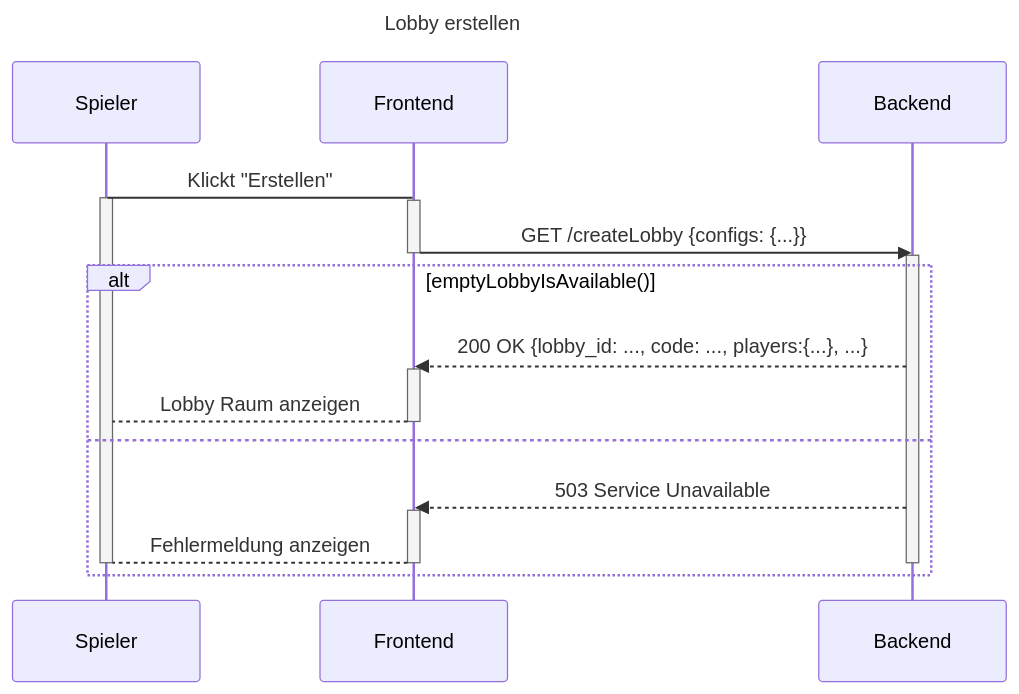
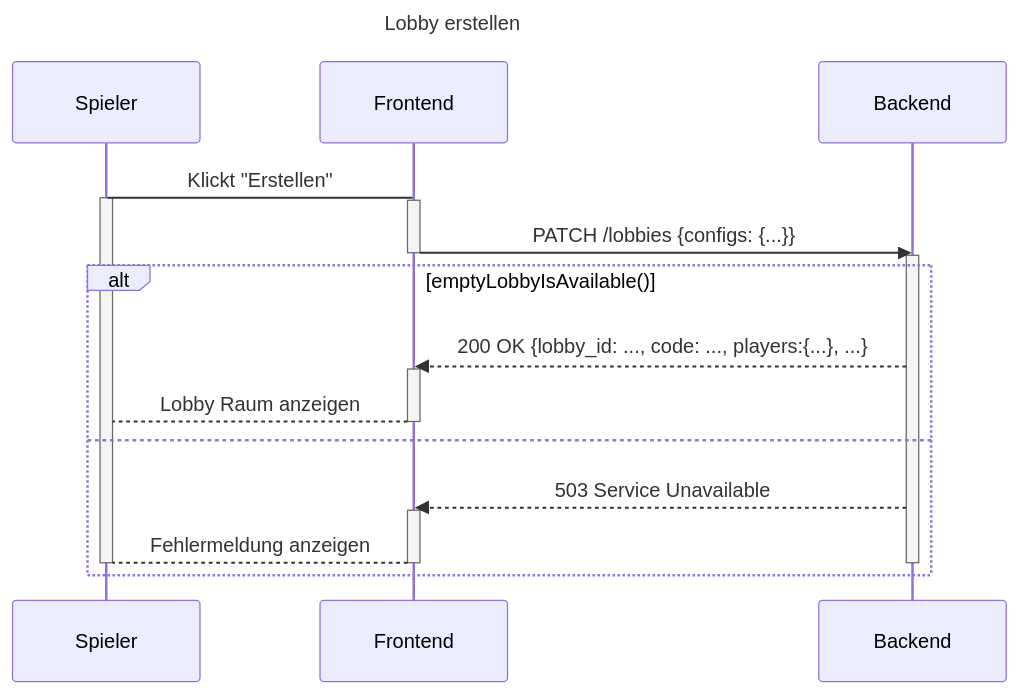
One commit to Hexfields-Studio/HexfieldsDominion-Artefacts changed the first of 2 diagrams in srs/lobby_management/lobby_erstellen_beitreten/lobby_erstellen_beitreten.md. Above: the diagram before and after it, drawn with Mermaid. The commit also changed other lines of this file and 5 other files, not shown here.

Commit message:
update seq-dgs according to class diagram

````diff
--- a/srs/lobby_management/lobby_erstellen_beitreten/lobby_erstellen_beitreten.md
+++ b/srs/lobby_management/lobby_erstellen_beitreten/lobby_erstellen_beitreten.md
@@ -24,28 +24,28 @@
 ```mermaid
 sequenceDiagram
 title Lobby erstellen
 
 participant Spieler
 participant Frontend
 participant Backend
 
 Spieler->Frontend: Klickt "Erstellen"
 activate Spieler
 activate Frontend
-Frontend->>Backend: GET /createLobby {configs: {...}}
+Frontend->>Backend: PATCH /lobbies {configs: {...}}
 deactivate Frontend
 activate Backend
   alt emptyLobbyIsAvailable()
     Backend-->>Frontend: 200 OK {lobby_id: ..., code: ..., players:{...}, ...}
     activate Frontend
     Frontend --> Spieler: Lobby Raum anzeigen
     deactivate Frontend
   else
     Backend-->>Frontend: 503 Service Unavailable
     activate Frontend
       Frontend --> Spieler: Fehlermeldung anzeigen
     deactivate Frontend
     deactivate Backend
     deactivate Spieler
   end
 ```
````
